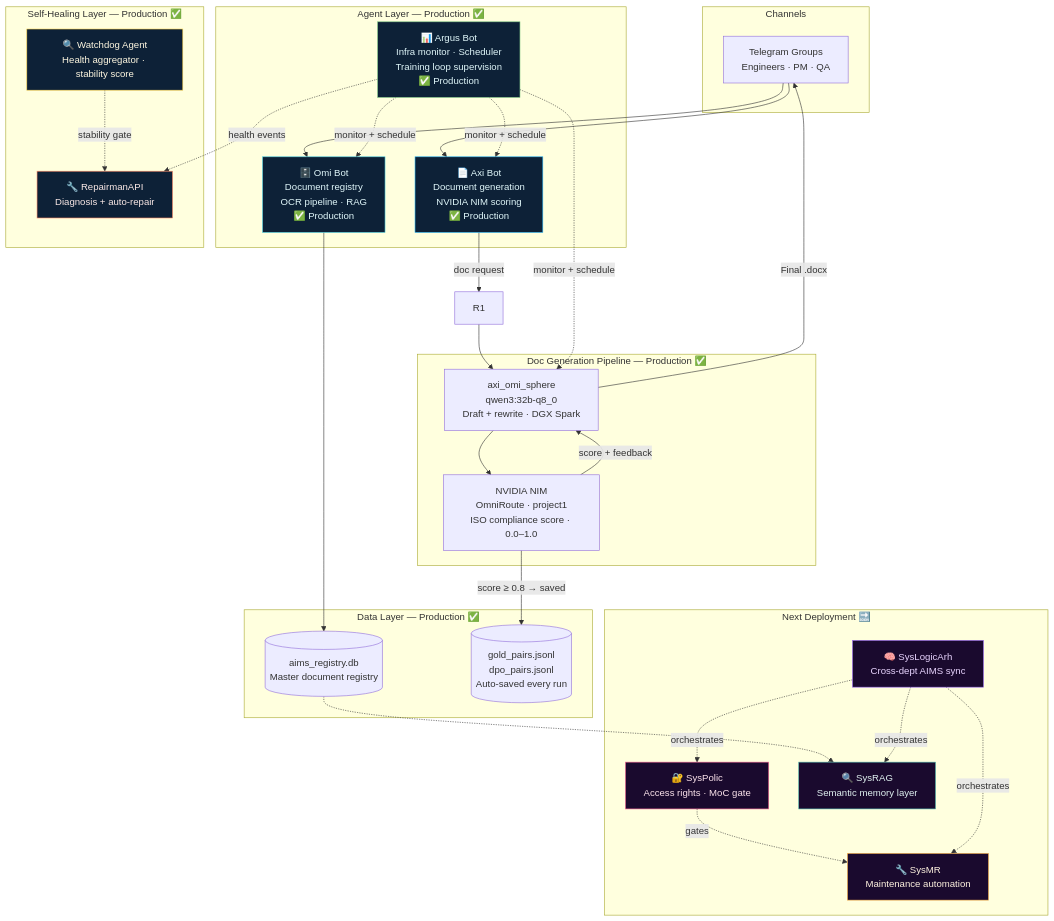
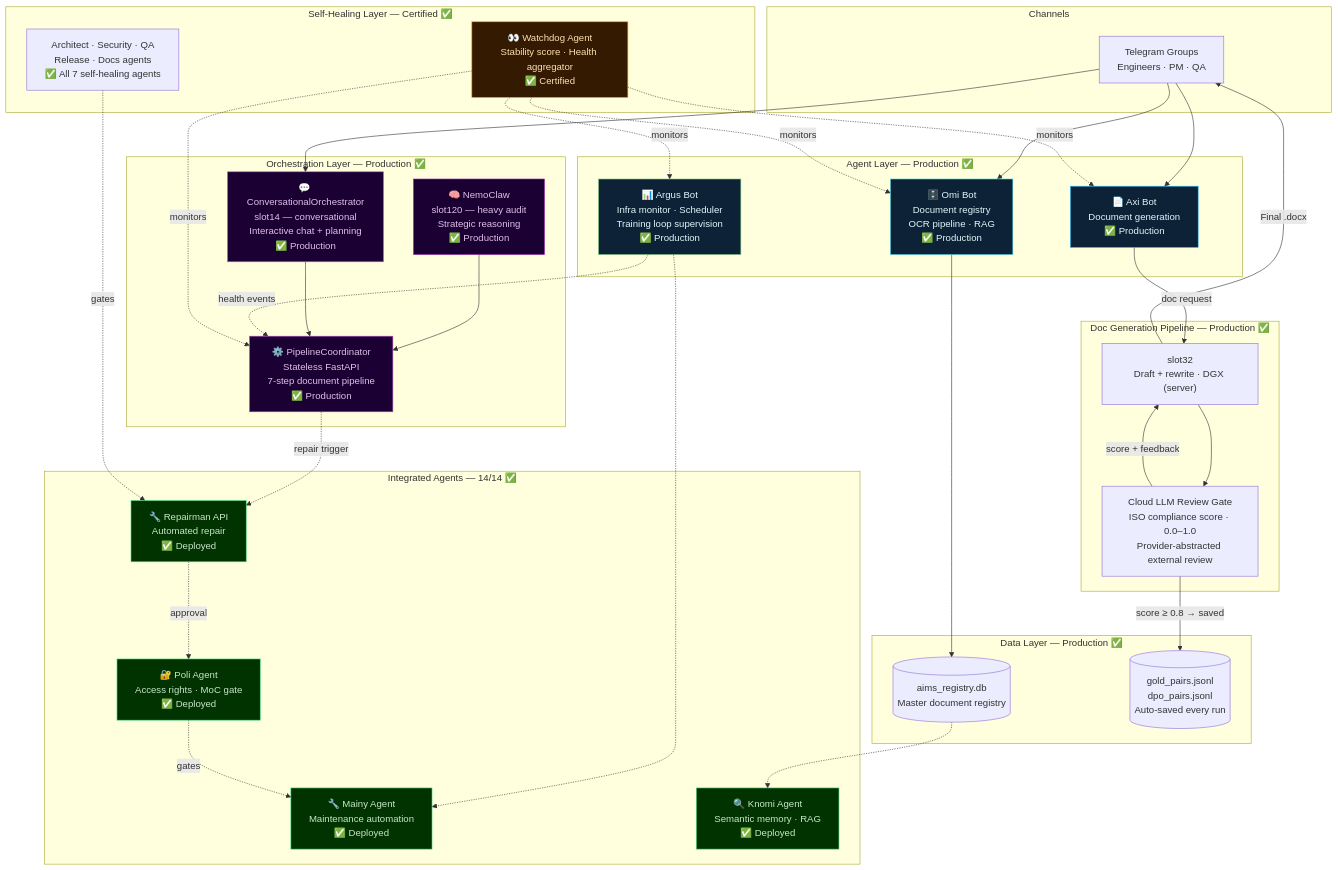
One commit to AxiOMSphereAssistanceAIMS/AxiOMSphere changed the first of 12 diagrams in README.md. Above: the diagram before and after it, drawn with Mermaid. The commit also changed other lines of this file, not shown here.

First line of the commit message:
docs(readme): update project status to 2026-05-21

````diff
--- a/README.md
+++ b/README.md
@@ -150,57 +183,69 @@
 ```mermaid
 flowchart TB
     subgraph Channels
         TG["Telegram Groups\nEngineers · PM · QA"]
     end
 
     subgraph "Agent Layer — Production ✅"
-        Axi["📄 Axi Bot\nDocument generation\nNVIDIA NIM scoring\n✅ Production"]
+        Axi["📄 Axi Bot\nDocument generation\n✅ Production"]
         Omi["🗄️ Omi Bot\nDocument registry\nOCR pipeline · RAG\n✅ Production"]
         Argus["📊 Argus Bot\nInfra monitor · Scheduler\nTraining loop supervision\n✅ Production"]
     end
 
-    subgraph "Doc Generation Pipeline — Production ✅"
-        Qwen["axi_omi_sphere\nqwen3:32b-q8_0\nDraft + rewrite · DGX Spark"]
-        NIM["NVIDIA NIM\nOmniRoute · project1\nISO compliance score · 0.0–1.0"]
+    subgraph "Orchestration Layer — Production ✅"
+        NemoClaw["🧠 NemoClaw\nslot120 — heavy audit\nStrategic reasoning\n✅ Production"]
+        PipelineCoord["⚙️ PipelineCoordinator\nStateless FastAPI\n7-step document pipeline\n✅ Production"]
+        ConvOrch["💬 ConversationalOrchestrator\nslot14 — conversational\nInteractive chat + planning\n✅ Production"]
     end
 
-    subgraph "Self-Healing Layer — Production ✅"
-        Watchdog["🔍 Watchdog Agent\nHealth aggregator · stability score"]
-        Repairman["🔧 RepairmanAPI\nDiagnosis + auto-repair"]
+    subgraph "Doc Generation Pipeline — Production ✅"
+        Qwen["slot32\nDraft + rewrite · DGX (server)"]
+        CloudGate["Cloud LLM Review Gate\nISO compliance score · 0.0–1.0\nProvider-abstracted external review"]
     end
 
     subgraph "Data Layer — Production ✅"
         AR[("aims_registry.db\nMaster document registry")]
         TRN[("gold_pairs.jsonl\ndpo_pairs.jsonl\nAuto-saved every run")]
     end
 
-    subgraph "Next Deployment 🔜"
-        NL["🧠 SysLogicArh\nCross-dept AIMS sync"]
-        NP["🔐 SysPolic\nAccess rights · MoC gate"]
-        NM["🔧 SysMR\nMaintenance automation"]
-        NR["🔍 SysRAG\nSemantic memory layer"]
+    subgraph "Integrated Agents — 14/14 ✅"
+        NL["🔐 Poli Agent\nAccess rights · MoC gate\n✅ Deployed"]
+        NM["🔧 Mainy Agent\nMaintenance automation\n✅ Deployed"]
+        NR["🔍 Knomi Agent\nSemantic memory · RAG\n✅ Deployed"]
+        Repairman["🔧 Repairman API\nAutomated repair\n✅ Deployed"]
     end
 
-    TG --> Axi & Omi
-    Axi -->|"doc request"| R1 --> Qwen --> NIM
-    NIM -->|"score + feedback"| Qwen
+    subgraph "Self-Healing Layer — Certified ✅"
+        Watchdog["👀 Watchdog Agent\nStability score · Health aggregator\n✅ Certified"]
+        SH["Architect · Security · QA\nRelease · Docs agents\n✅ All 7 self-healing agents"]
+    end
+
+    TG --> Axi & Omi & ConvOrch
+    NemoClaw --> PipelineCoord
+    ConvOrch --> PipelineCoord
+    Axi -->|"doc request"| Qwen --> CloudGate
+    CloudGate -->|"score + feedback"| Qwen
     Qwen -->|"Final .docx"| TG
-    NIM -->|"score ≥ 0.8 → saved"| TRN
+    CloudGate -->|"score ≥ 0.8 → saved"| TRN
     Omi --> AR
-    Argus -.->|"monitor + schedule"| Axi & Omi & Qwen
-    Argus -.->|"health events"| Repairman
-    Watchdog -.->|"stability gate"| Repairman
+    Argus -.->|"health events"| PipelineCoord
+    PipelineCoord -.->|"repair trigger"| Repairman
+    Repairman -.->|"approval"| NL
     AR -.-> NR
-    NP -.->|"gates"| NM
-    NL -.->|"orchestrates"| NP & NM & NR
+    Argus -.-> NM
+    NL -.->|"gates"| NM
+    Watchdog -.->|"monitors"| Axi & Omi & Argus & PipelineCoord
+    SH -.->|"gates"| Repairman
 
     style Axi fill:#0d2137,stroke:#29b6f6,color:#e0f7fa
     style Omi fill:#0d2137,stroke:#4dd0e1,color:#e0f7fa
     style Argus fill:#0d2137,stroke:#81c784,color:#e0f7fa
-    style Watchdog fill:#0d2137,stroke:#ffd54f,color:#fff8e1
-    style Repairman fill:#0d2137,stroke:#ff8a65,color:#fbe9e7
-    style NL fill:#1a0a2e,stroke:#9c6df4,color:#e9d5ff
-    style NP fill:#1a0a2e,stroke:#f06292,color:#fce4ec
-    style NM fill:#1a0a2e,stroke:#ffb74d,color:#fff3e0
-    style NR fill:#1a0a2e,stroke:#4db6ac,color:#e0f2f1
+    style NemoClaw fill:#1a0033,stroke:#9c27b0,color:#e1bee7
+    style PipelineCoord fill:#1a0033,stroke:#ab47bc,color:#e1bee7
+    style ConvOrch fill:#1a0033,stroke:#ba68c8,color:#e1bee7
+    style NL fill:#003300,stroke:#4ade80,color:#c8e6c9
+    style NM fill:#003300,stroke:#4ade80,color:#c8e6c9
+    style NR fill:#003300,stroke:#4ade80,color:#c8e6c9
+    style Repairman fill:#003300,stroke:#4ade80,color:#c8e6c9
+    style Watchdog fill:#331a00,stroke:#ff9800,color:#ffe0b2
 ```
````
